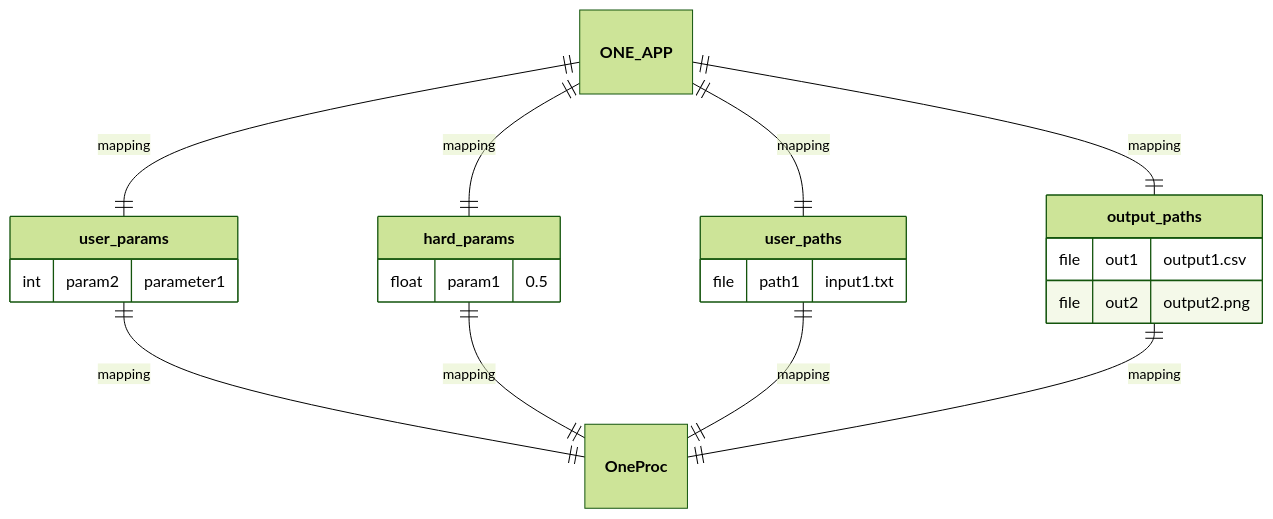
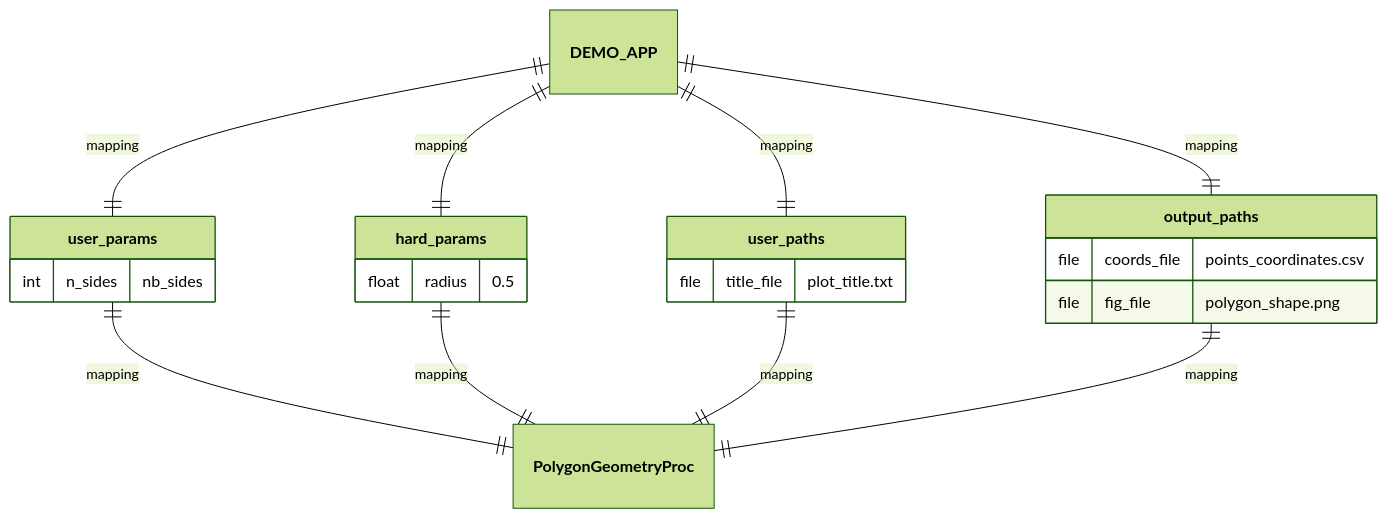
The second of 8 diagrams in src/labs/apps/general/DEMO_APP/README.md (nuremics/nuremics-labs), drawn with Mermaid (forest theme) before and after one commit. The commit also changed other lines of this file, not shown here.

Commit message:
update DEMO_APP README

````diff
--- a/src/labs/apps/general/DEMO_APP/README.md
+++ b/src/labs/apps/general/DEMO_APP/README.md
@@ -31,25 +49,25 @@
 ```mermaid
 erDiagram
-  **ONE_APP** ||--|| **user_params** : mapping
-  **ONE_APP** ||--|| **hard_params** : mapping
-  **ONE_APP** ||--|| **user_paths** : mapping
-  **ONE_APP** ||--|| **output_paths** : mapping
-  **user_params** ||--|| **OneProc** : mapping
-  **hard_params** ||--|| **OneProc** : mapping
-  **user_paths** ||--|| **OneProc** : mapping
-  **output_paths** ||--|| **OneProc** : mapping
+  **DEMO_APP** ||--|| **user_params** : mapping
+  **DEMO_APP** ||--|| **hard_params** : mapping
+  **DEMO_APP** ||--|| **user_paths** : mapping
+  **DEMO_APP** ||--|| **output_paths** : mapping
+  **user_params** ||--|| **PolygonGeometryProc** : mapping
+  **hard_params** ||--|| **PolygonGeometryProc** : mapping
+  **user_paths** ||--|| **PolygonGeometryProc** : mapping
+  **output_paths** ||--|| **PolygonGeometryProc** : mapping
 
   **user_params** {
-    int param2 "parameter1"
+    int n_sides "nb_sides"
   }
   **hard_params** {
-    float param1 "0.5"
+    float radius "0.5"
   }
   **user_paths** {
-    file path1 "input1.txt"
+    file title_file "plot_title.txt"
   }
   **output_paths** {
-    file out1 "output1.csv"
-    file out2 "output2.png"
+    file coords_file "points_coordinates.csv"
+    file fig_file "polygon_shape.png"
   }
 ```
````
